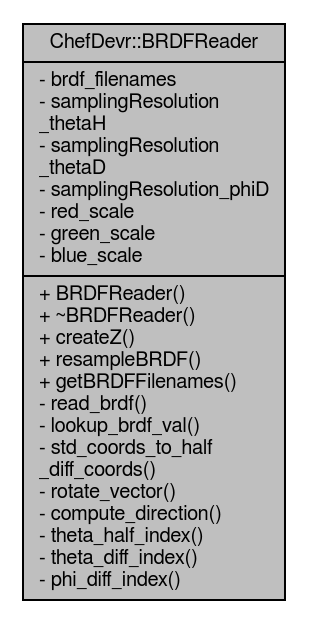
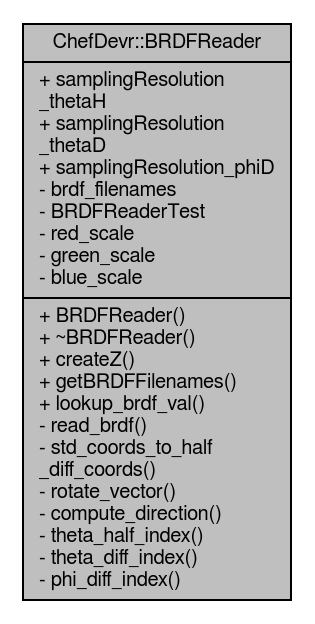
One commit to bsella/BRDF3000 changed the diagram in docs/class_chef_devr_1_1_b_r_d_f_reader__coll__graph.dot. Above: the diagram before and after it, drawn with Graphviz. The commit also changed 387 other files, not shown here.

```diff
--- a/docs/class_chef_devr_1_1_b_r_d_f_reader__coll__graph.dot
+++ b/docs/class_chef_devr_1_1_b_r_d_f_reader__coll__graph.dot
@@ -1,7 +1,6 @@
 digraph "ChefDevr::BRDFReader"
 {
- // LATEX_PDF_SIZE
   edge [fontname="FreeSans",fontsize="10",labelfontname="FreeSans",labelfontsize="10"];
   node [fontname="FreeSans",fontsize="10",shape=record];
-  Node1 [label="{ChefDevr::BRDFReader\n|- brdf_filenames\l- samplingResolution\l_thetaH\l- samplingResolution\l_thetaD\l- samplingResolution_phiD\l- red_scale\l- green_scale\l- blue_scale\l|+ BRDFReader()\l+ ~BRDFReader()\l+ createZ()\l+ resampleBRDF()\l+ getBRDFFilenames()\l- read_brdf()\l- lookup_brdf_val()\l- std_coords_to_half\l_diff_coords()\l- rotate_vector()\l- compute_direction()\l- theta_half_index()\l- theta_diff_index()\l- phi_diff_index()\l}",height=0.2,width=0.4,color="black", fillcolor="grey75", style="filled", fontcolor="black",tooltip="This class is used to read all the BRDF references and to sample them."];
+  Node1 [label="{ChefDevr::BRDFReader\n|+ samplingResolution\l_thetaH\l+ samplingResolution\l_thetaD\l+ samplingResolution_phiD\l- brdf_filenames\l- BRDFReaderTest\l- red_scale\l- green_scale\l- blue_scale\l|+ BRDFReader()\l+ ~BRDFReader()\l+ createZ()\l+ getBRDFFilenames()\l+ lookup_brdf_val()\l- read_brdf()\l- std_coords_to_half\l_diff_coords()\l- rotate_vector()\l- compute_direction()\l- theta_half_index()\l- theta_diff_index()\l- phi_diff_index()\l}",height=0.2,width=0.4,color="black", fillcolor="grey75", style="filled", fontcolor="black"];
 }
```
